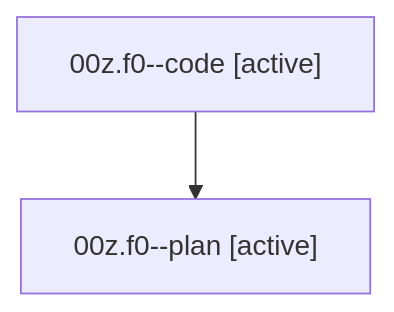
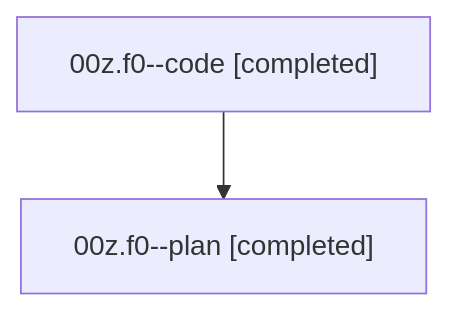
The diagram in families/bbugyi200.athena.00z.f0.md (sase-org/sase--agents), drawn with Mermaid before and after one commit. The commit also changed other lines of this file and 32 other files, not shown here.

````diff
--- a/families/bbugyi200.athena.00z.f0.md
+++ b/families/bbugyi200.athena.00z.f0.md
@@ -9,6 +9,6 @@
 ```mermaid
 flowchart TD
-  n0["00z.f0--code [active]"]
-  n1["00z.f0--plan [active]"]
+  n0["00z.f0--code [completed]"]
+  n1["00z.f0--plan [completed]"]
   n0 --> n1
 ```
````
